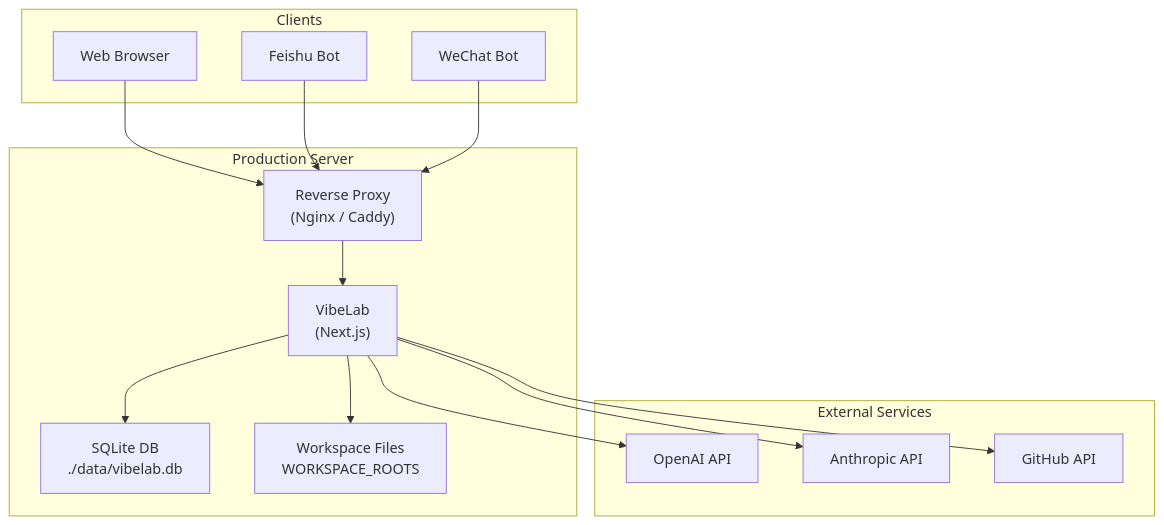
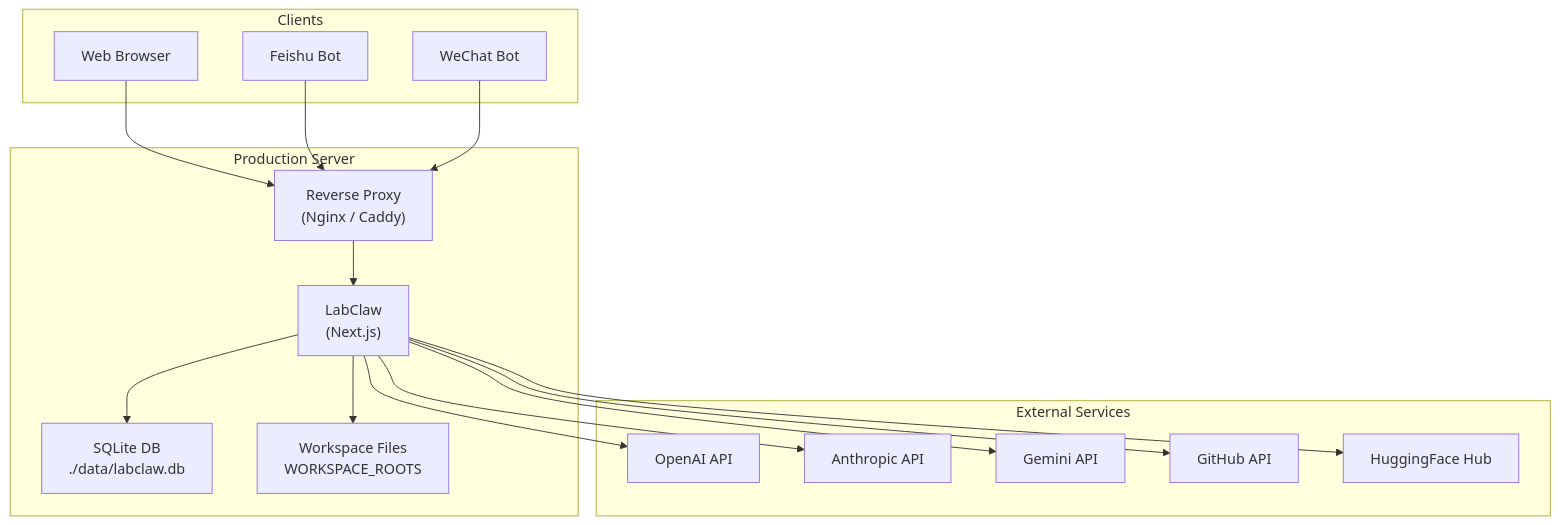
The diagram in docs/getting-started/deployment.md (zjowowen/InnoClaw), drawn with Mermaid before and after one commit. The commit also changed other lines of this file and 8 other files, not shown here.

````diff
--- a/docs/getting-started/deployment.md
+++ b/docs/getting-started/deployment.md
@@ -7,31 +7,35 @@
 ```{mermaid}
 graph TB
     subgraph Clients["Clients"]
         Browser["Web Browser"]
         FeishuBot["Feishu Bot"]
         WeChatBot["WeChat Bot"]
     end
 
     subgraph Host["Production Server"]
         Proxy["Reverse Proxy<br/>(Nginx / Caddy)"]
-        App["VibeLab<br/>(Next.js)"]
-        SQLite["SQLite DB<br/>./data/vibelab.db"]
+        App["LabClaw<br/>(Next.js)"]
+        SQLite["SQLite DB<br/>./data/labclaw.db"]
         Workspace["Workspace Files<br/>WORKSPACE_ROOTS"]
     end
 
     subgraph External["External Services"]
         OpenAI["OpenAI API"]
         Anthropic["Anthropic API"]
+        Gemini["Gemini API"]
         GitHub["GitHub API"]
+        HF["HuggingFace Hub"]
     end
 
     Browser --> Proxy
     FeishuBot --> Proxy
     WeChatBot --> Proxy
     Proxy --> App
     App --> SQLite
     App --> Workspace
     App --> OpenAI
     App --> Anthropic
+    App --> Gemini
     App --> GitHub
+    App --> HF
 ```
````
